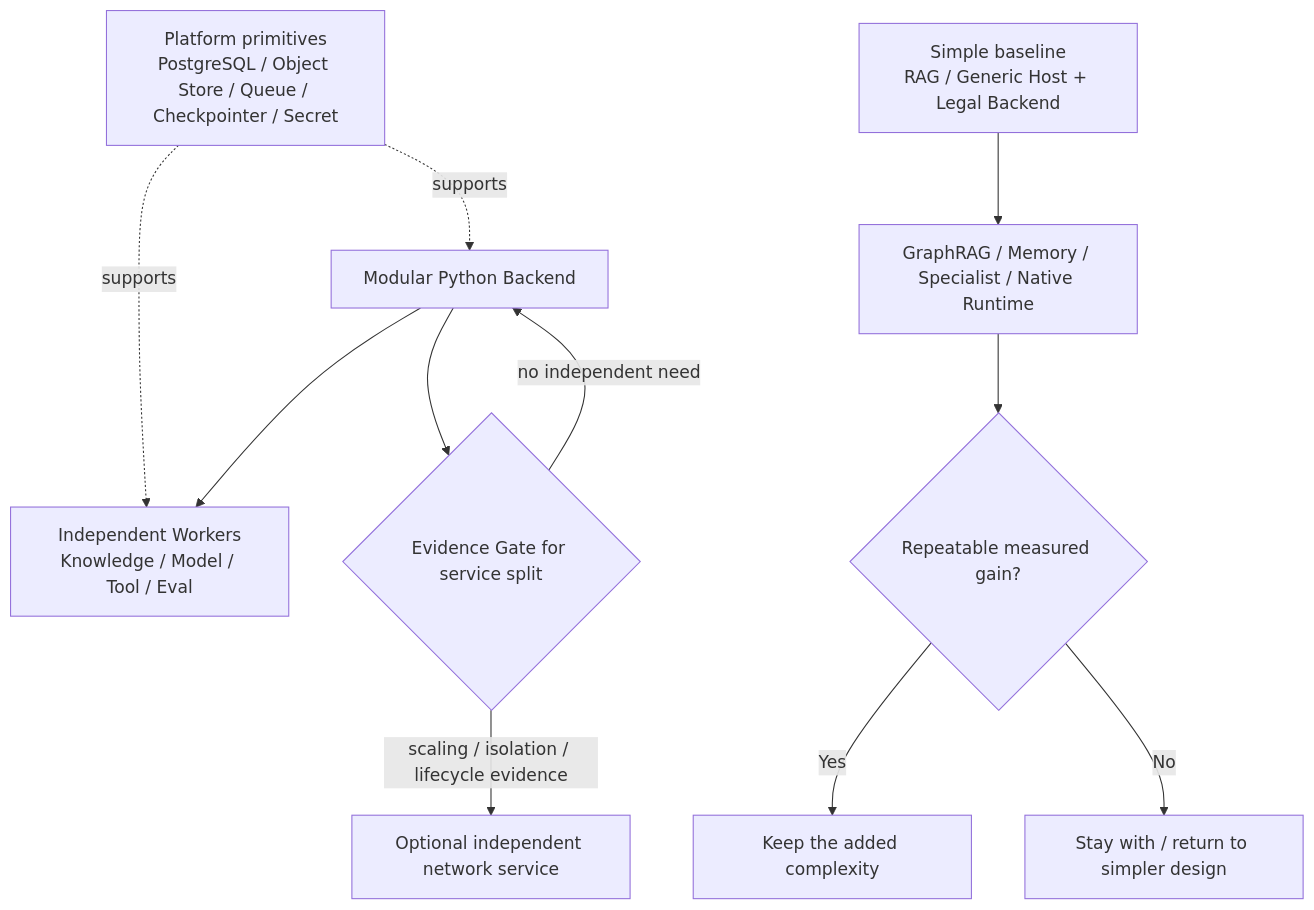
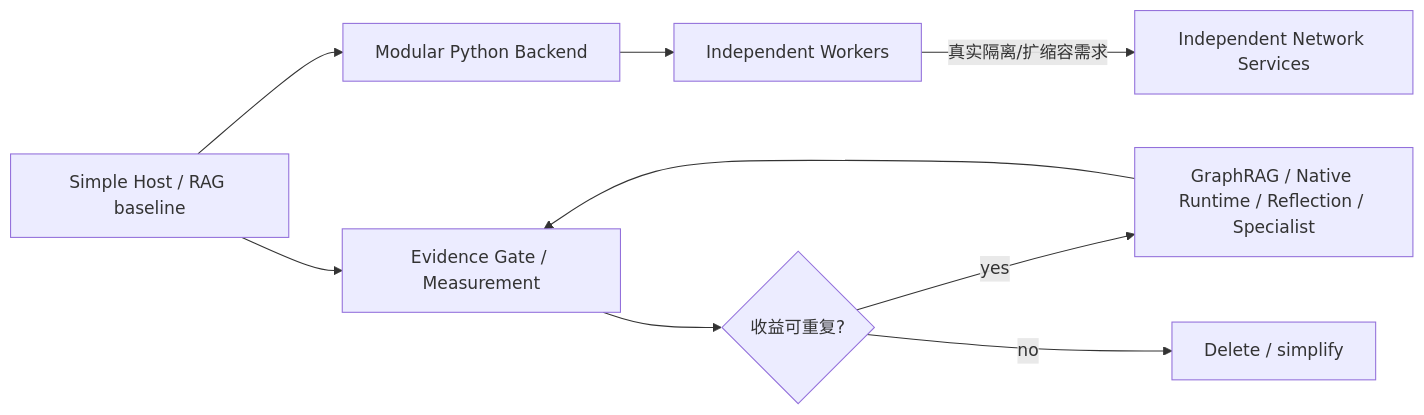
Before and after one commit to ProfessorZhi/Zuno: the sixth of 6 diagrams in docs/architecture/architecture-views.md, drawn with Mermaid. The commit also changed other lines of this file, not shown here.

Commit message:
docs: bind architecture views to architecture.md

````diff
--- a/docs/architecture/architecture-views.md
+++ b/docs/architecture/architecture-views.md
@@ -143,24 +139,19 @@
 ```mermaid
-flowchart TB
-  BACKEND[Modular Python Backend]
-  WORKERS[Independent Workers\nKnowledge / Model / Tool / Eval]
-  PLATFORM[Platform primitives\nPostgreSQL / Object Store / Queue / Checkpointer / Secret]
-  SPLIT{Evidence Gate for service split}
-  SERVICE[Optional independent network service]
-  SIMPLE[Simple baseline\nRAG / Generic Host + Legal Backend]
-  COMPLEX[GraphRAG / Memory / Specialist / Native Runtime]
-  EVAL{Repeatable measured gain?}
-  KEEP[Keep the added complexity]
-  REMOVE[Stay with / return to simpler design]
+flowchart LR
+  PY[Modular Python Backend]
+  W[Independent Workers]
+  S[Independent Network Services]
+  BASE[Simple Host / RAG baseline]
+  EVID[Evidence Gate / Measurement]
+  KEEP{收益可重复?}
+  COMPLEX[GraphRAG / Native Runtime / Reflection / Specialist]
+  DELETE[Delete / simplify]
 
-  PLATFORM -. supports .-> BACKEND
-  PLATFORM -. supports .-> WORKERS
-  BACKEND --> WORKERS
-  BACKEND --> SPLIT
-  SPLIT -->|scaling / isolation / lifecycle evidence| SERVICE
-  SPLIT -->|no independent need| BACKEND
-
-  SIMPLE --> COMPLEX --> EVAL
-  EVAL -->|Yes| KEEP
-  EVAL -->|No| REMOVE
+  BASE --> PY
+  PY --> W
+  W -->|真实隔离/扩缩容需求| S
+  BASE --> EVID
+  COMPLEX --> EVID --> KEEP
+  KEEP -->|yes| COMPLEX
+  KEEP -->|no| DELETE
 ```
````
